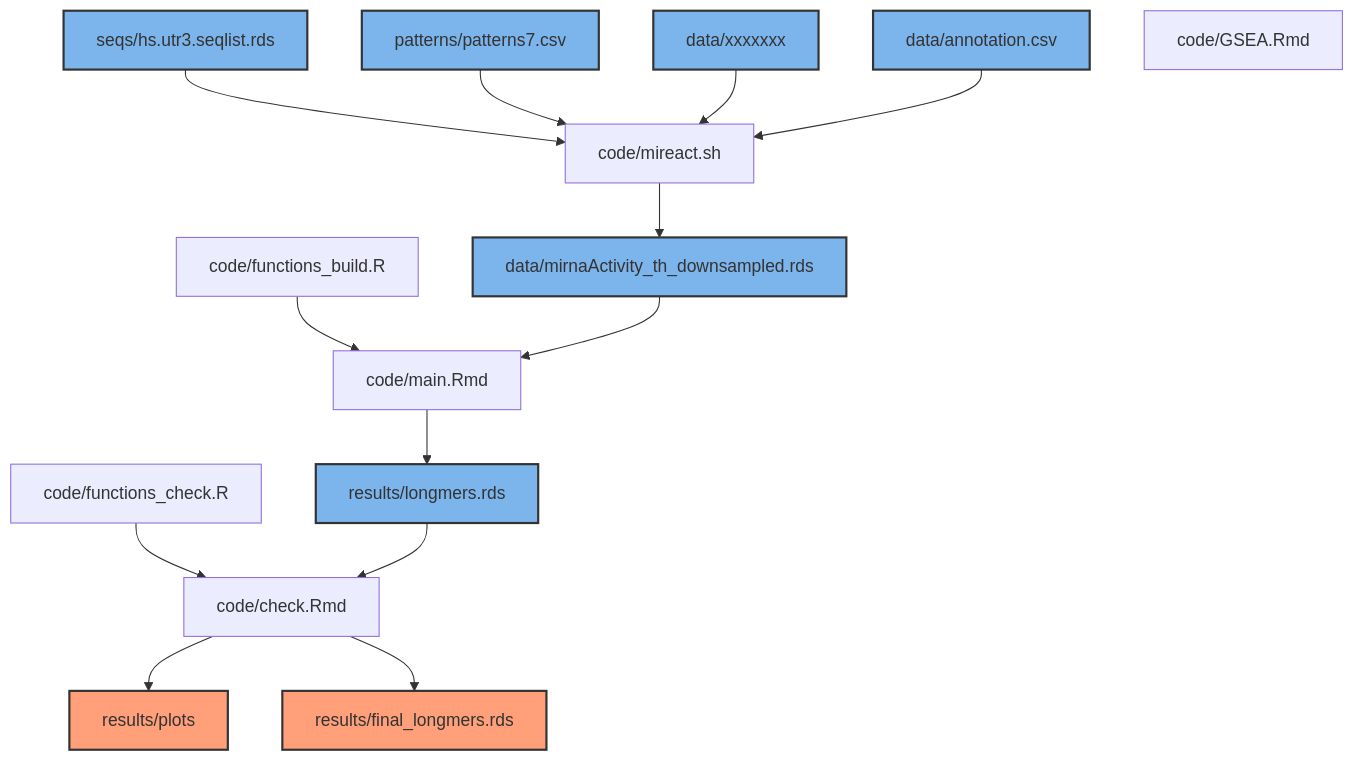
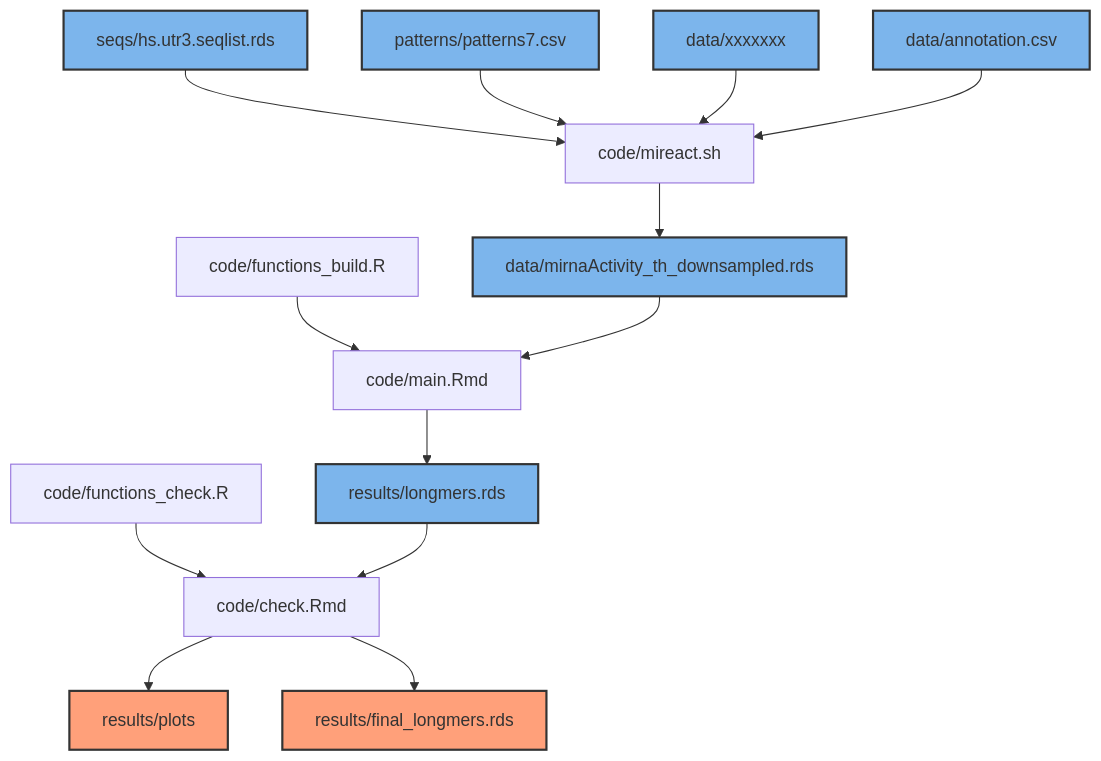
The diagram in README.md (PaulaRodrigoMartin/SMLB), drawn with Mermaid before and after one commit.

````diff
--- a/README.md
+++ b/README.md
@@ -1,46 +1,46 @@
 ```mermaid
 graph TD;
     seqlist[seqs/hs.utr3.seqlist.rds]
     %%seqs[seqs/hs.utr3.seq.rds]
     mireact_input[data/xxxxxxx]
     miReact_output[data/mirnaActivity_th_downsampled.rds]
     7mers[patterns/patterns7.csv]
     annotation[data/annotation.csv]
     miReact[code/mireact.sh]
     functions[code/functions_build.R]
     functionsc[code/functions_check.R]
     main_notebook[code/main.Rmd]
     check_notebook[code/check.Rmd]
-    GSEA[code/GSEA.Rmd]
+    %%GSEA[code/GSEA.Rmd]
     plots[results/plots]
     longmers[results/longmers.rds]
     finallongmers[results/final_longmers.rds]
     
 
     style seqlist fill:#7cb5ec,stroke:#333,stroke-width:2px;
     style miReact_output fill:#7cb5ec,stroke:#333,stroke-width:2px;
     style 7mers fill:#7cb5ec,stroke:#333,stroke-width:2px;
     style mireact_input fill:#7cb5ec,stroke:#333,stroke-width:2px;
     %%style seqs fill:#7cb5ec,stroke:#333,stroke-width:2px;
     style annotation fill:#7cb5ec,stroke:#333,stroke-width:2px;
     style longmers fill:#7cb5ec,stroke:#333,stroke-width:2px;
     style finallongmers fill:#FFA07A,stroke:#333,stroke-width:2px;
     style plots fill:#FFA07A,stroke:#333,stroke-width:2px;
 
 
     seqlist-->miReact
     7mers-->miReact
     mireact_input-->miReact
     annotation-->miReact
     miReact-->miReact_output
     functions-->main_notebook
     functionsc-->check_notebook
     main_notebook-->longmers
     longmers-->check_notebook
     check_notebook-->plots
     check_notebook-->finallongmers
     %%finallongmers-->GSEA
     %%seqs-->GSEA
     miReact_output-->main_notebook
 
 ```
````
